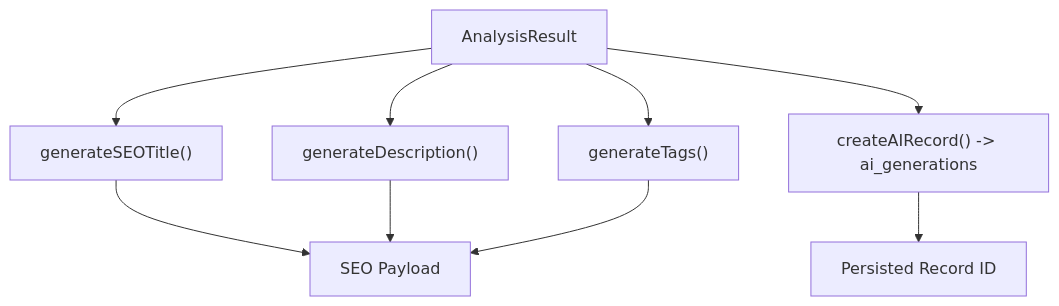
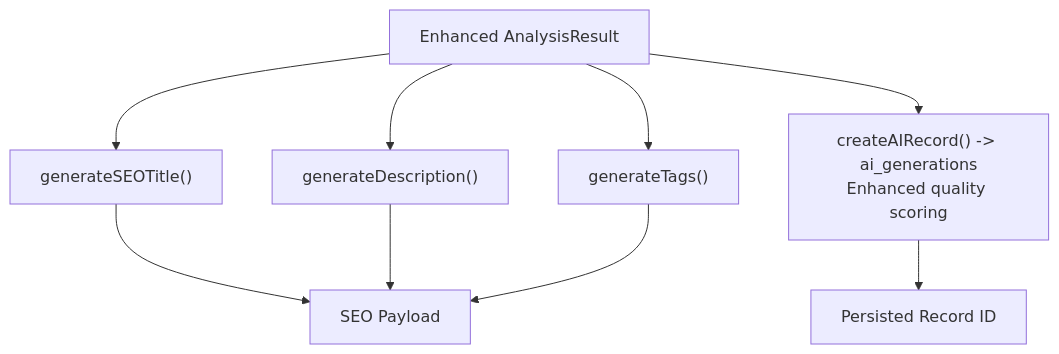
One commit to hunglevi87/Hidden-Gem changed the sixth of 10 diagrams in .qoder/repowiki/en/content/AI Integration/AI Integration.md. Above: the diagram before and after it, drawn with Mermaid. The commit also changed other lines of this file and 14 other files, not shown here.

````diff
--- a/.qoder/repowiki/en/content/AI Integration/AI Integration.md
+++ b/.qoder/repowiki/en/content/AI Integration/AI Integration.md
@@ -223,11 +263,11 @@
 ```mermaid
 flowchart TD
-A["AnalysisResult"] --> B["generateSEOTitle()"]
+A["Enhanced AnalysisResult"] --> B["generateSEOTitle()"]
 A --> C["generateDescription()"]
 A --> D["generateTags()"]
-A --> E["createAIRecord() -> ai_generations"]
+A --> E["createAIRecord() -> ai_generations<br/>Enhanced quality scoring"]
 B --> F["SEO Payload"]
 C --> F
 D --> F
 E --> G["Persisted Record ID"]
 ```
````
